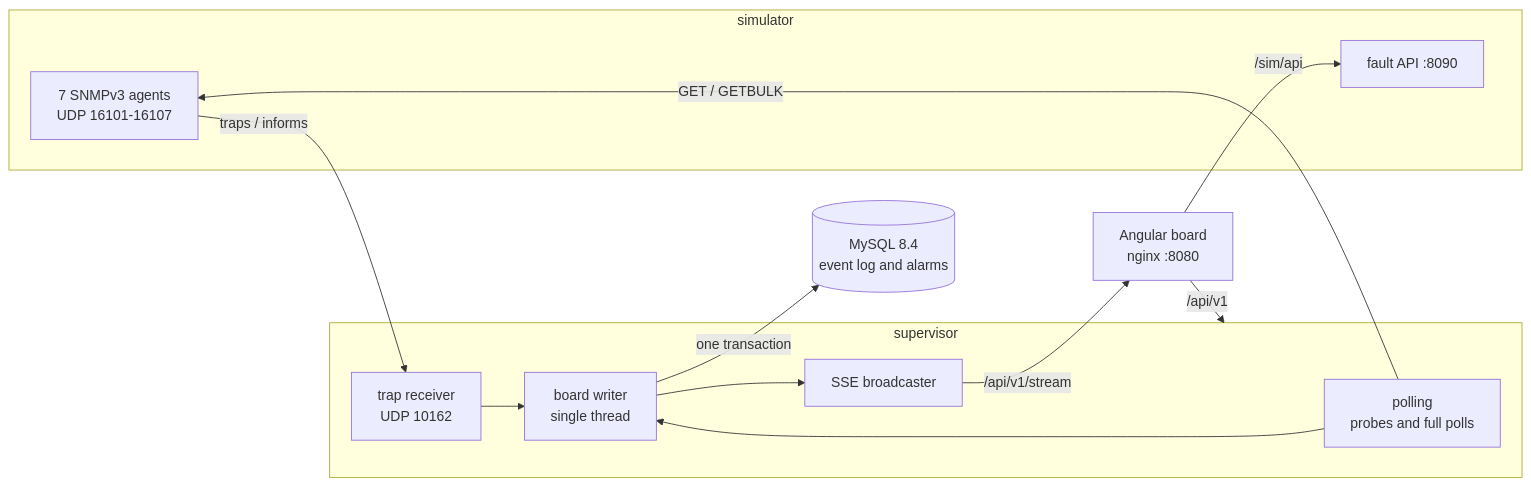
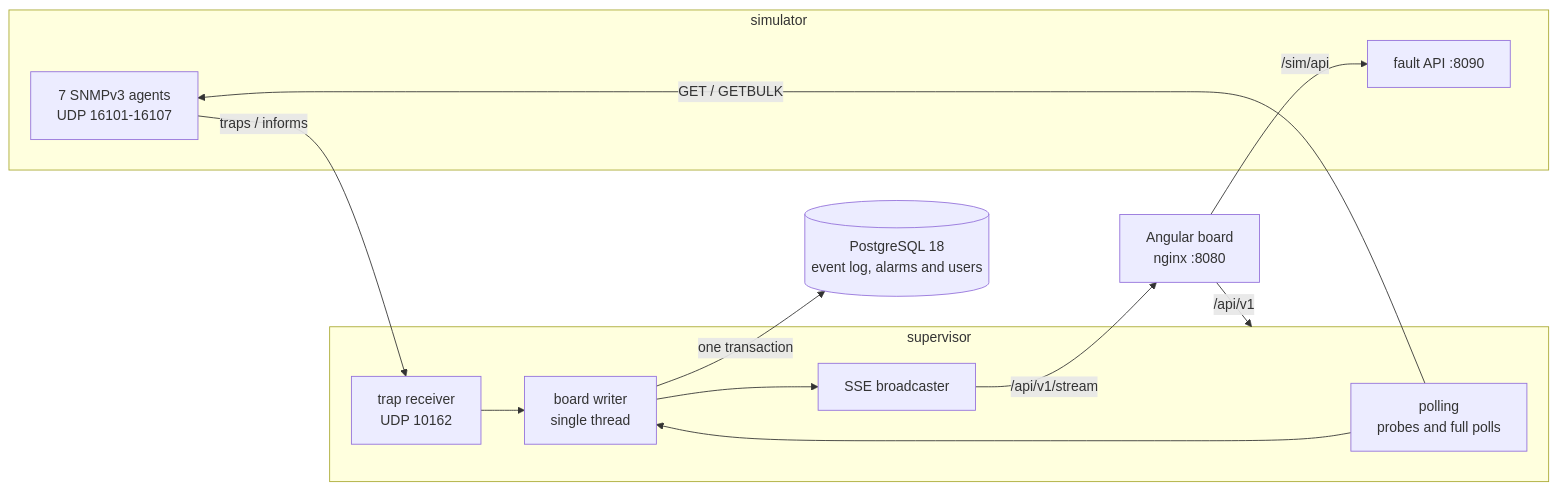
The diagram in README.md (selvitopu/atm_superviser), drawn with Mermaid before and after one commit. The commit also changed other lines of this file and 2 other files, not shown here.

First line of the commit message:
Run the demo stack and the local setup on PostgreSQL 18.

````diff
--- a/README.md
+++ b/README.md
@@ -82,24 +82,24 @@
 ```mermaid
 flowchart LR
   subgraph SIM[simulator]
     AG["7 SNMPv3 agents<br/>UDP 16101-16107"]
     FA["fault API :8090"]
   end
   subgraph SUP[supervisor]
     PO["polling<br/>probes and full polls"]
     TR["trap receiver<br/>UDP 10162"]
     BW["board writer<br/>single thread"]
     SSE["SSE broadcaster"]
   end
-  DB[("MySQL 8.4<br/>event log and alarms")]
+  DB[("PostgreSQL 18<br/>event log, alarms and users")]
   UI["Angular board<br/>nginx :8080"]
   PO -- "GET / GETBULK" --> AG
   AG -- "traps / informs" --> TR
   PO --> BW
   TR --> BW
   BW -- "one transaction" --> DB
   BW --> SSE
   SSE -- "/api/v1/stream" --> UI
   UI -- "/api/v1" --> SUP
   UI -- "/sim/api" --> FA
 ```
````
